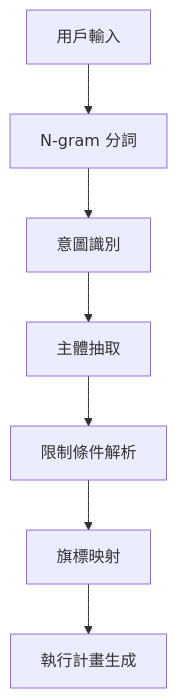
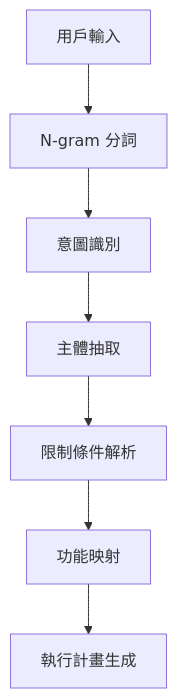
Before and after one commit to s123104/claude-code: the diagram in docs/cursor-claude-master-guide-zh-tw.md, drawn with Mermaid. The commit also changed other lines of this file and 6 other files, not shown here.

````diff
--- a/docs/cursor-claude-master-guide-zh-tw.md
+++ b/docs/cursor-claude-master-guide-zh-tw.md
@@ -108,9 +108,9 @@
 ```mermaid
 graph TD
     A[用戶輸入] --> B[N-gram 分詞]
     B --> C[意圖識別]
     C --> D[主體抽取]
     D --> E[限制條件解析]
-    E --> F[旗標映射]
+    E --> F[功能映射]
     F --> G[執行計畫生成]
 ```
````
